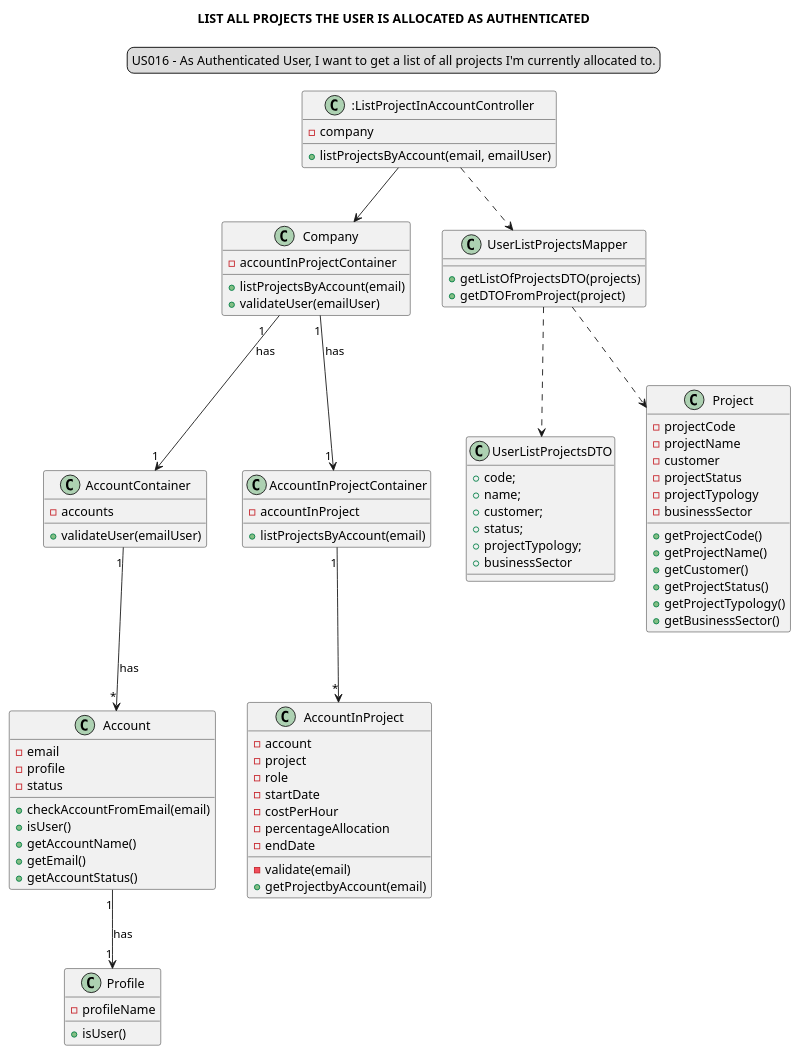
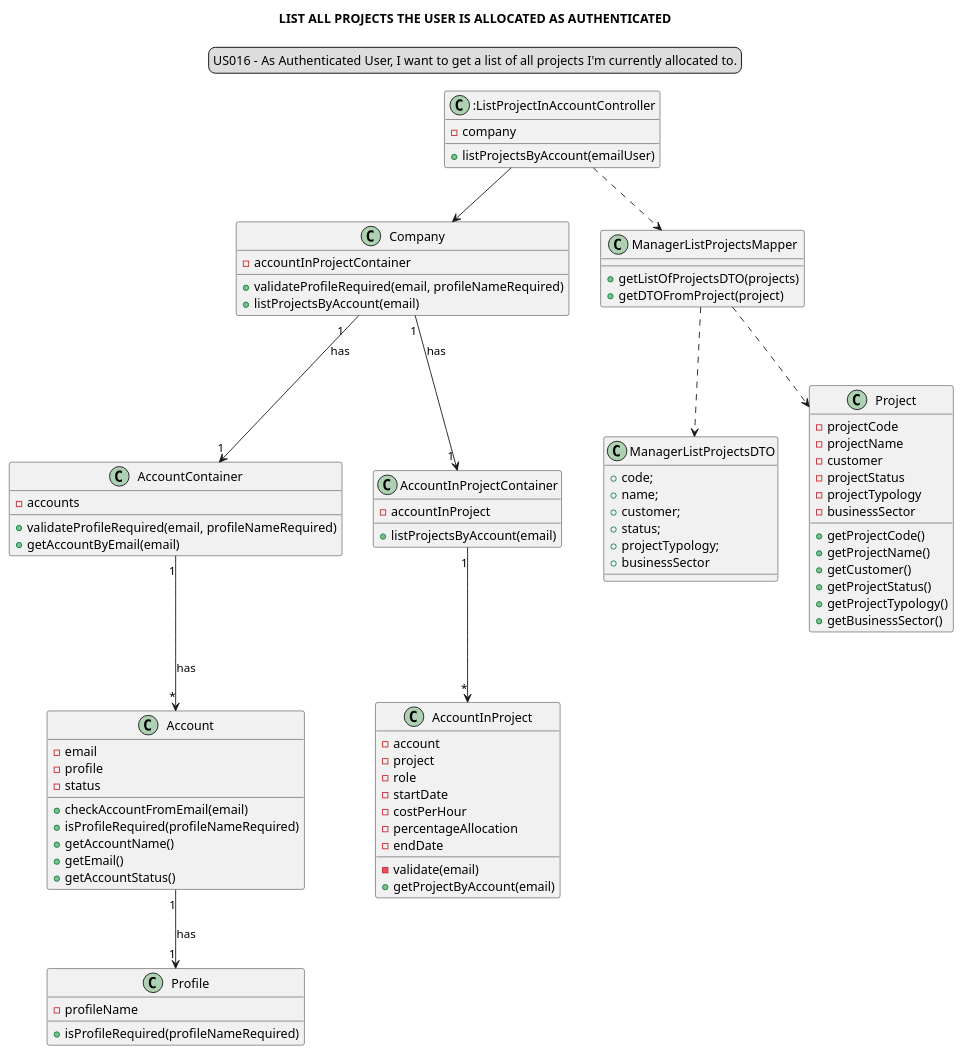
The diagram in docs/modelling_design/user_stories/sprint02/us016/US016_classDiagram.puml (Loracline/project_switch_22-23), drawn with PlantUML before and after one commit. The commit also changed 25 other files, not shown here.

Commit message:
US001,002,003,004,005,006,007,008,009,011_012_013, 014, 015, 016: Design : refinement of class Diagram

```diff
--- a/docs/modelling_design/user_stories/sprint02/us016/US016_classDiagram.puml
+++ b/docs/modelling_design/user_stories/sprint02/us016/US016_classDiagram.puml
@@ -1,99 +1,101 @@
 @startuml
 'https://plantuml.com/sequence-diagram
 
 legend top
 US016 - As Authenticated User, I want to get a list of all projects I'm currently allocated to.
 end legend
 skinparam sequenceMessageAlign center
 title LIST ALL PROJECTS THE USER IS ALLOCATED AS AUTHENTICATED
 
 class ":ListProjectInAccountController" {
 - company
-+ listProjectsByAccount(email, emailUser)
++ listProjectsByAccount(emailUser)
 }
 class "Company" {
 - accountInProjectContainer
++validateProfileRequired(email, profileNameRequired)
 + listProjectsByAccount(email)
-+validateUser(emailUser)
 }
 
 class "AccountContainer" {
 -accounts
-+validateUser(emailUser)
++validateProfileRequired(email, profileNameRequired)
++getAccountByEmail(email)
 }
 
 class "Account" {
 -email
 -profile
 -status
 +checkAccountFromEmail(email)
-+isUser()
++isProfileRequired(profileNameRequired)
 +getAccountName()
 +getEmail()
 +getAccountStatus()
 }
 
 class "Profile"{
 -profileName
-+isUser()
++isProfileRequired(profileNameRequired)
 }
 
 
 class "AccountInProjectContainer"{
 - accountInProject
 + listProjectsByAccount(email)
 }
 
 class "AccountInProject"{
 -account
 -project
 -role
 -startDate
 -costPerHour
 -percentageAllocation
 -endDate
 -validate(email)
-+ getProjectbyAccount(email)
++ getProjectByAccount(email)
 }
 
-class "UserListProjectsMapper"{
+class "ManagerListProjectsMapper"{
 +getListOfProjectsDTO(projects)
 +getDTOFromProject(project)
 }
 
-class "UserListProjectsDTO"{
+class "ManagerListProjectsDTO"{
 +code;
 +name;
 +customer;
 +status;
 +projectTypology;
 +businessSector
 }
 
 class "Project"{
 -projectCode
 -projectName
 -customer
 -projectStatus
 -projectTypology
 -businessSector
 +getProjectCode()
 +getProjectName()
 +getCustomer()
 +getProjectStatus()
 +getProjectTypology()
 +getBusinessSector()
 }
-"UserListProjectsMapper" ..> "Project"
+
+"ManagerListProjectsMapper" ..> "Project"
 ":ListProjectInAccountController"-->"Company"
 "Company" "1"--> "     1""AccountInProjectContainer": has
 "Company" "1   " --> "     1" "AccountContainer": has
 "AccountInProjectContainer" "1"--> "*" "AccountInProject"
 "AccountContainer" "1" --> "*" "Account": has
 "Account" "1" --> "1""Profile": has
-":ListProjectInAccountController"..> "UserListProjectsMapper"
-"UserListProjectsMapper"..> "UserListProjectsDTO"
+":ListProjectInAccountController"..> "ManagerListProjectsMapper"
+"ManagerListProjectsMapper"..> "ManagerListProjectsDTO"
 
 
 
 @enduml
```
